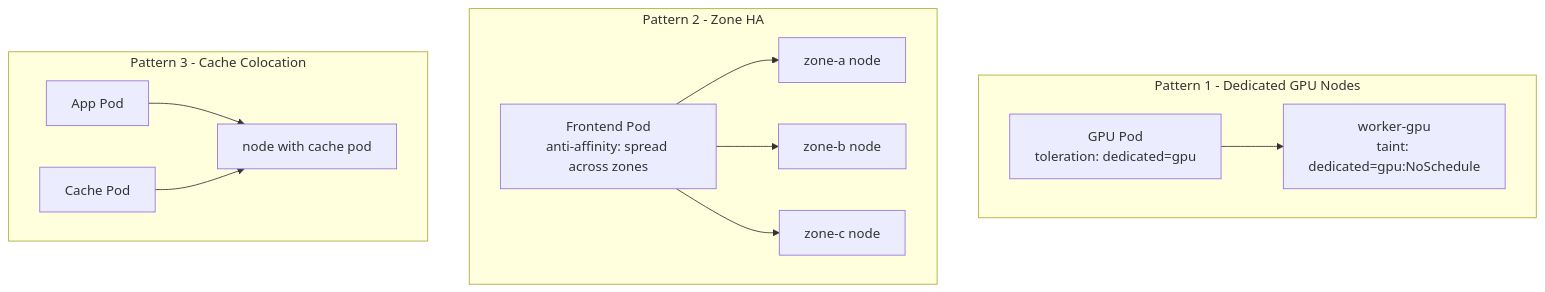
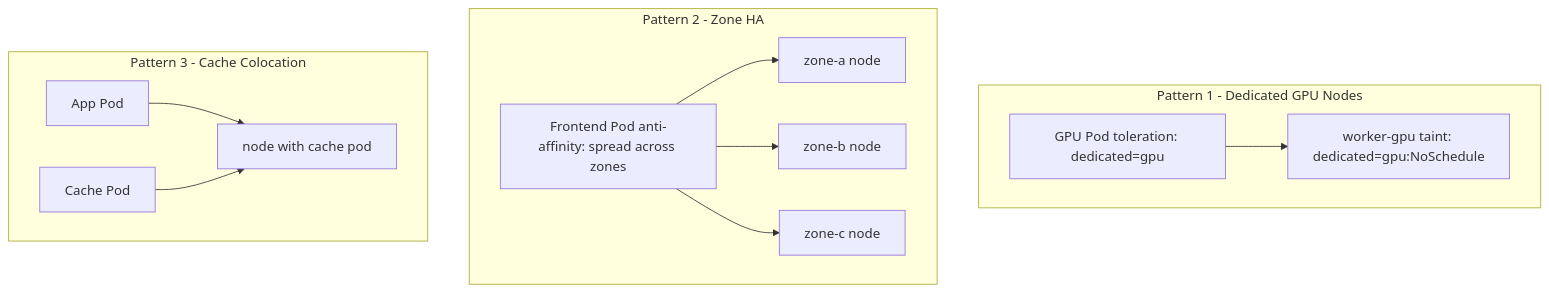
Before and after one commit to UncleJS/course_k3s: the second of 2 diagrams in 06_multi_node_cluster/04_node_labels_taints_affinity.md, drawn with Mermaid. The commit also changed 57 other files, not shown here.

````diff
--- a/06_multi_node_cluster/04_node_labels_taints_affinity.md
+++ b/06_multi_node_cluster/04_node_labels_taints_affinity.md
@@ -289,19 +289,19 @@
 ```mermaid
 graph TD
     subgraph Pattern 1 - Dedicated GPU Nodes
-        GN[worker-gpu\ntaint: dedicated=gpu:NoSchedule]
-        GP[GPU Pod\ntoleration: dedicated=gpu]
+        GN[worker-gpu taint: dedicated=gpu:NoSchedule]
+        GP[GPU Pod toleration: dedicated=gpu]
         GP --> GN
     end
     subgraph Pattern 2 - Zone HA
         Z1[zone-a node] & Z2[zone-b node] & Z3[zone-c node]
-        FP[Frontend Pod\nanti-affinity: spread across zones]
+        FP[Frontend Pod anti-affinity: spread across zones]
         FP --> Z1
         FP --> Z2
         FP --> Z3
     end
     subgraph Pattern 3 - Cache Colocation
         APP[App Pod] --> CN[node with cache pod]
         CACHE[Cache Pod] --> CN
     end
 ```
````
